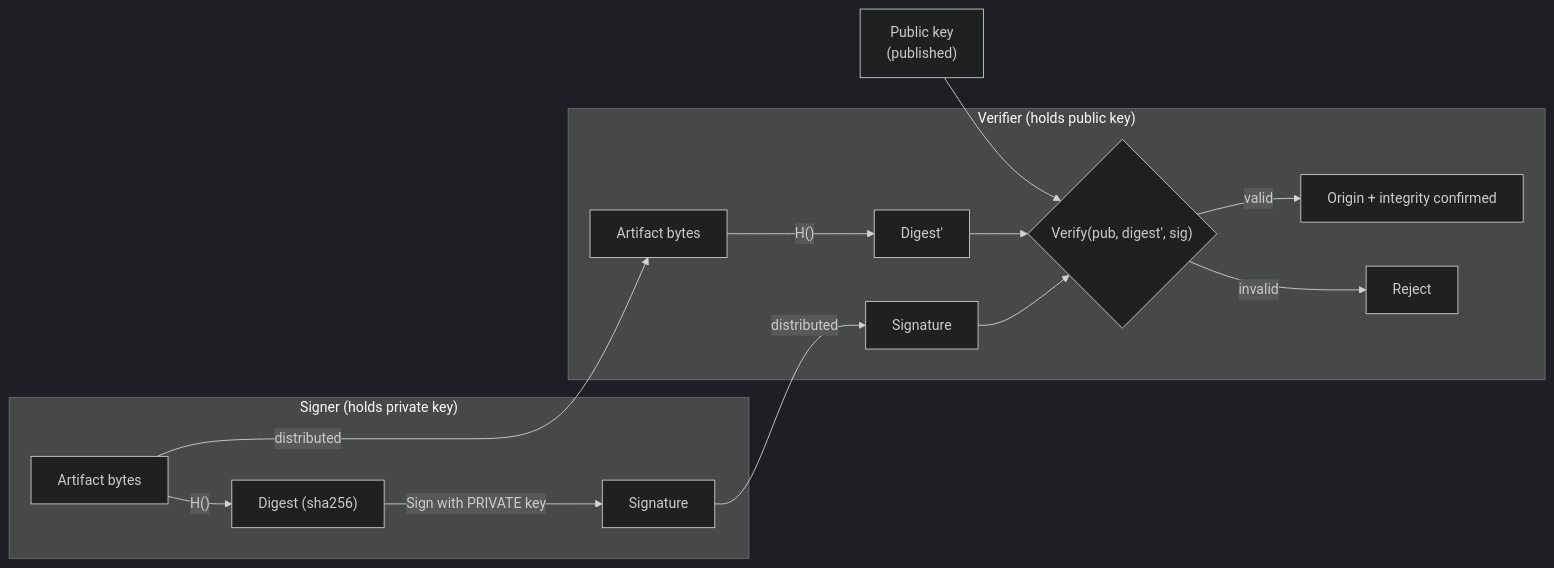
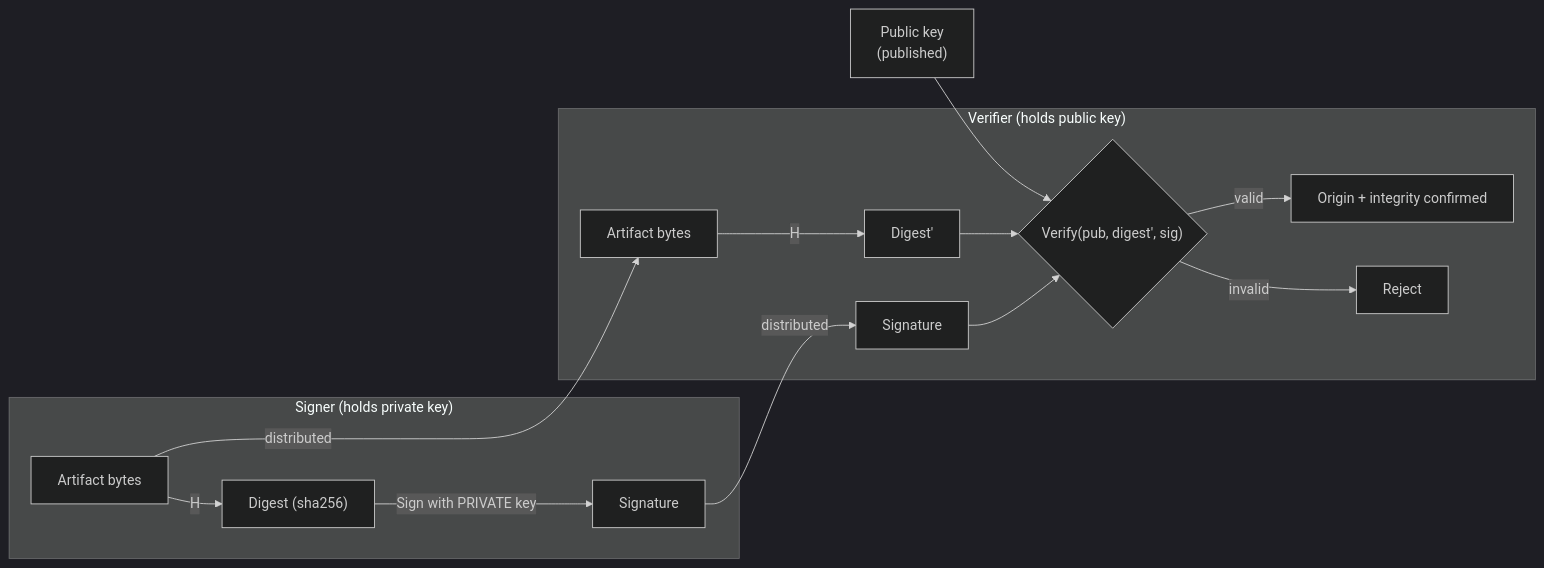
One commit to bumbsclaw/textbooks changed the first of 7 diagrams in book-05-signing-attestation/ch01-crypto-foundations.md. Above: the diagram before and after it, drawn with Mermaid (dark theme). The commit also changed other lines of this file and 173 other files, not shown here.

First line of the commit message:
fix(mermaid): close note brackets, semicolons in Notes, stateDiagram br -> dash, edge parens

````diff
--- a/book-05-signing-attestation/ch01-crypto-foundations.md
+++ b/book-05-signing-attestation/ch01-crypto-foundations.md
@@ -168,17 +168,17 @@
 ```mermaid
 flowchart LR
   subgraph Signer["Signer (holds private key)"]
-    A["Artifact bytes"] -->|"H()"| D["Digest (sha256)"]
+    A["Artifact bytes"] -->|"H "| D["Digest (sha256)"]
     D -->|"Sign with PRIVATE key"| S["Signature"]
   end
   A -->|"distributed"| A2["Artifact bytes"]
   S -->|"distributed"| S2["Signature"]
   PUB["Public key\n(published)"] --> V
   subgraph Verifier["Verifier (holds public key)"]
-    A2 -->|"H()"| D2["Digest'"]
+    A2 -->|"H "| D2["Digest'"]
     D2 --> V{"Verify(pub, digest', sig)"}
     S2 --> V
     V -->|valid| OK["Origin + integrity confirmed"]
     V -->|invalid| NO["Reject"]
   end
 ```
````
